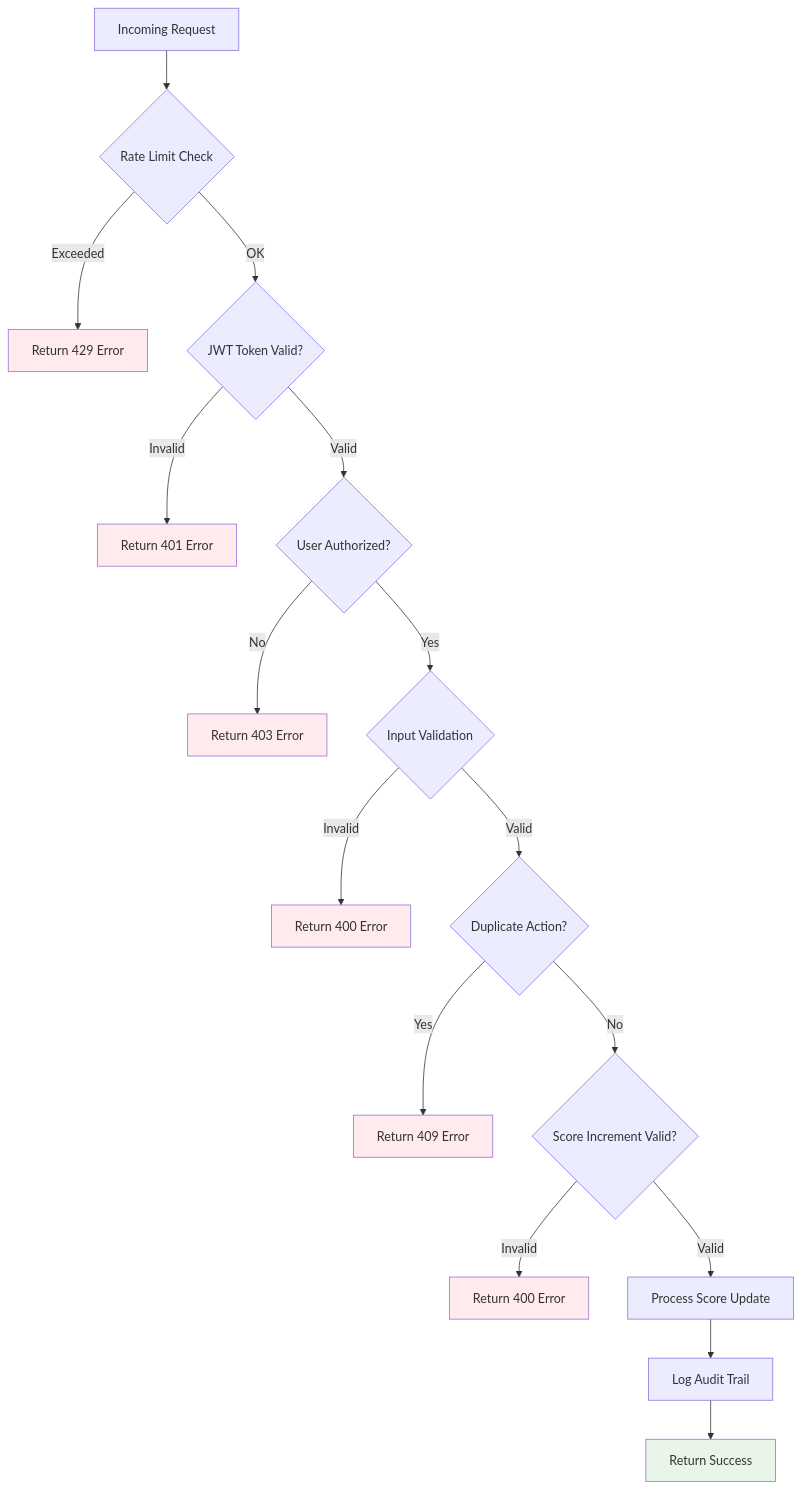
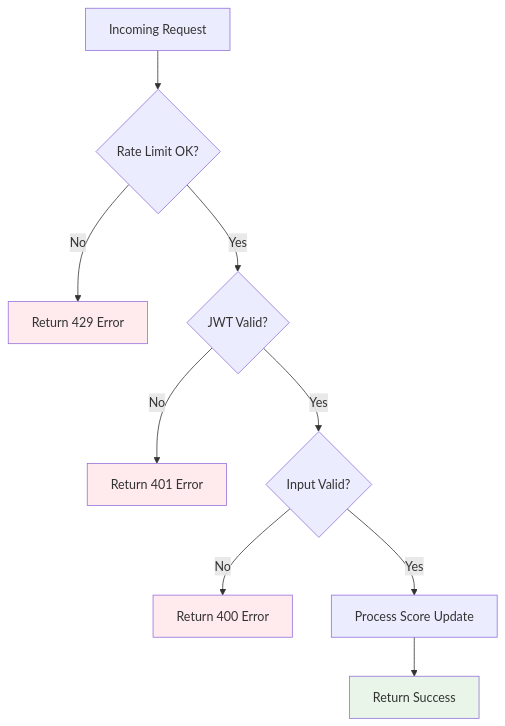
One commit to HTD2k1/code-challenge changed the third of 6 diagrams in src/problem6/execution-flow-diagrams.md. Above: the diagram before and after it, drawn with Mermaid. The commit also changed other lines of this file and 2 other files, not shown here.

````diff
--- a/src/problem6/execution-flow-diagrams.md
+++ b/src/problem6/execution-flow-diagrams.md
@@ -95,26 +61,16 @@
 ```mermaid
 flowchart TD
-    A[Incoming Request] --> B{Rate Limit Check}
-    B -->|Exceeded| C[Return 429 Error]
-    B -->|OK| D{JWT Token Valid?}
-    D -->|Invalid| E[Return 401 Error]
-    D -->|Valid| F{User Authorized?}
-    F -->|No| G[Return 403 Error]
-    F -->|Yes| H{Input Validation}
-    H -->|Invalid| I[Return 400 Error]
-    H -->|Valid| J{Duplicate Action?}
-    J -->|Yes| K[Return 409 Error]
-    J -->|No| L{Score Increment Valid?}
-    L -->|Invalid| M[Return 400 Error]
-    L -->|Valid| N[Process Score Update]
-    N --> O[Log Audit Trail]
-    O --> P[Return Success]
+    A[Incoming Request] --> B{Rate Limit OK?}
+    B -->|No| C[Return 429 Error]
+    B -->|Yes| D{JWT Valid?}
+    D -->|No| E[Return 401 Error]
+    D -->|Yes| F{Input Valid?}
+    F -->|No| G[Return 400 Error]
+    F -->|Yes| H[Process Score Update]
+    H --> I[Return Success]
     
     style C fill:#ffebee
     style E fill:#ffebee
     style G fill:#ffebee
-    style I fill:#ffebee
-    style K fill:#ffebee
-    style M fill:#ffebee
-    style P fill:#e8f5e8
+    style I fill:#e8f5e8
 ```
````
